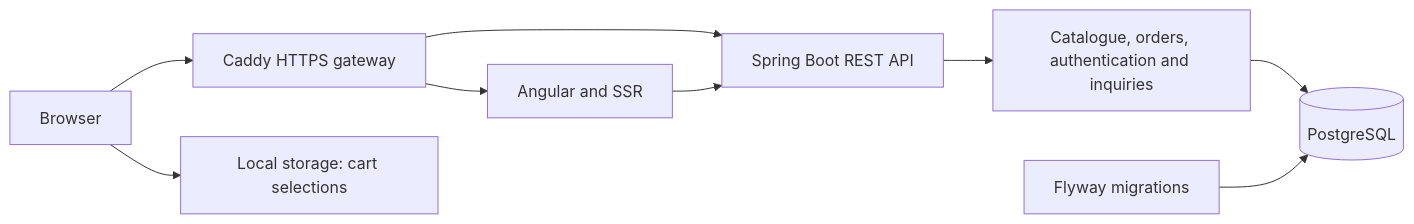
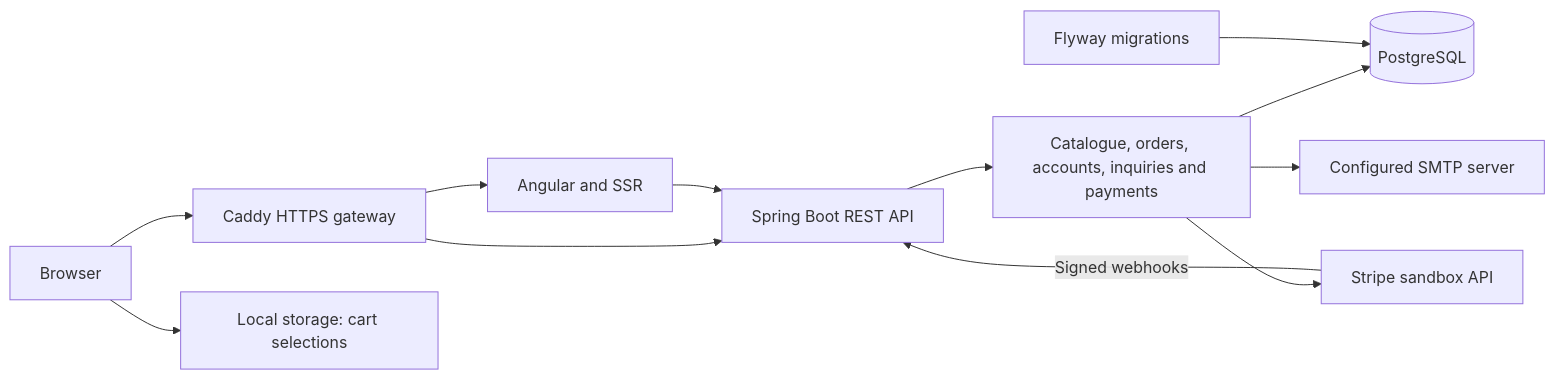
One commit to angieJagger/lilimi-studio-ecommerce changed the diagram in docs/PROJECT_GUIDE.md. Above: the diagram before and after it, drawn with Mermaid. The commit also changed other lines of this file and 27 other files, not shown here.

````diff
--- a/docs/PROJECT_GUIDE.md
+++ b/docs/PROJECT_GUIDE.md
@@ -219,11 +227,14 @@
 ```mermaid
 flowchart LR
     Browser[Browser] --> Gateway[Caddy HTTPS gateway]
     Gateway --> Frontend[Angular and SSR]
     Gateway --> Backend[Spring Boot REST API]
     Frontend --> Backend
-    Backend --> Services[Catalogue, orders, authentication and inquiries]
+    Backend --> Services[Catalogue, orders, accounts, inquiries and payments]
     Services --> DB[(PostgreSQL)]
+    Services --> Stripe[Stripe sandbox API]
+    Stripe -->|Signed webhooks| Backend
+    Services --> SMTP[Configured SMTP server]
     Flyway[Flyway migrations] --> DB
     Browser --> Storage[Local storage: cart selections]
 ```
````
